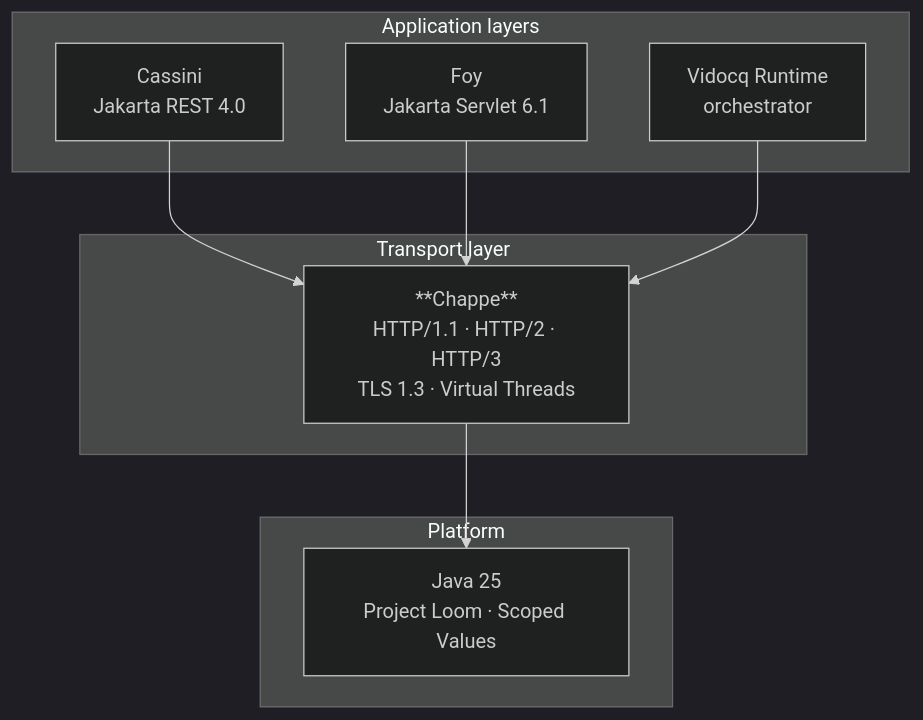
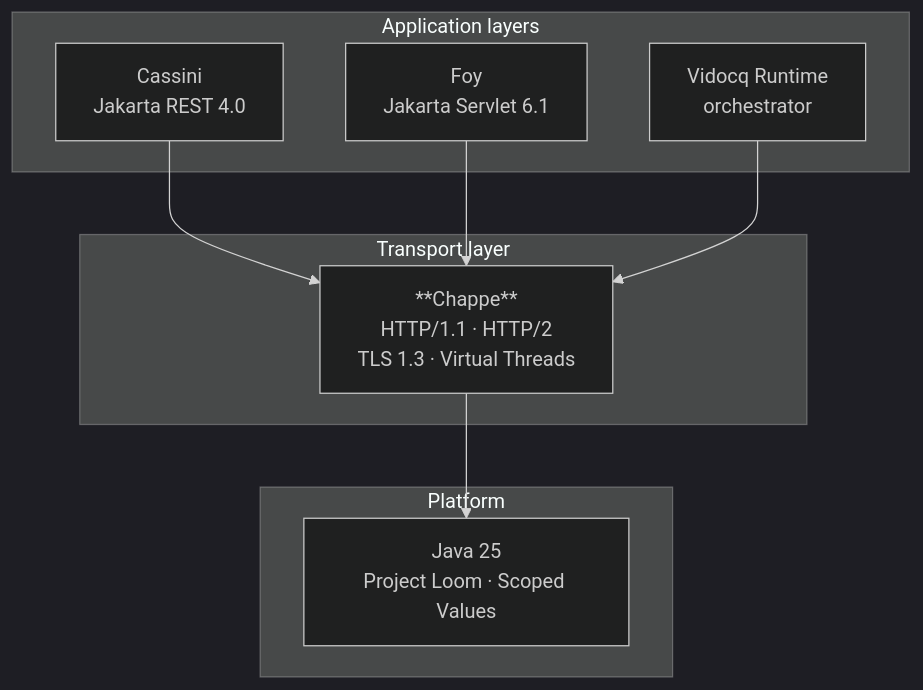
The diagram in vidocq-components/vidocq-components-transport/chappe/docs/en/modules/ROOT/pages/index.adoc (vidocq-stack/vidocq), drawn with Mermaid (dark theme) before and after one commit. The commit also changed other lines of this file and 176 other files, not shown here.

```diff
--- a/vidocq-components/vidocq-components-transport/chappe/docs/en/modules/ROOT/pages/index.adoc
+++ b/vidocq-components/vidocq-components-transport/chappe/docs/en/modules/ROOT/pages/index.adoc
@@ -39,19 +39,19 @@
 [mermaid]
 ....
 flowchart TB
     subgraph apps["Application layers"]
         cassini["Cassini<br/>Jakarta REST 4.0"]
         foy["Foy<br/>Jakarta Servlet 6.1"]
         vidocq["Vidocq Runtime<br/>orchestrator"]
     end
     subgraph transport["Transport layer"]
-        chappe["**Chappe**<br/>HTTP/1.1 · HTTP/2 · HTTP/3<br/>TLS 1.3 · Virtual Threads"]
+        chappe["**Chappe**<br/>HTTP/1.1 · HTTP/2<br/>TLS 1.3 · Virtual Threads"]
     end
     subgraph jdk["Platform"]
         loom["Java 25<br/>Project Loom · Scoped Values"]
     end
     cassini --> chappe
     foy --> chappe
     vidocq --> chappe
     chappe --> loom
 ....
```
